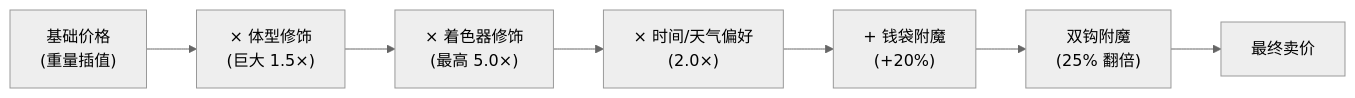
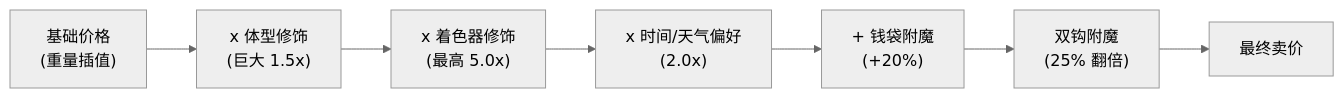
Before and after one commit to SeaLoong/Fish-Udon-Raw-Ilcode: diagram 11 of 12 in docs/gamedata-zh.md, drawn with Mermaid (neutral theme). The commit also changed other lines of this file and 7 other files, not shown here.

````diff
--- a/docs/gamedata-zh.md
+++ b/docs/gamedata-zh.md
@@ -620,9 +612,9 @@
 ```mermaid
 flowchart LR
-    A["基础价格\n(重量插值)"] --> B["× 体型修饰\n(巨大 1.5×)"]
-    B --> C["× 着色器修饰\n(最高 5.0×)"]
-    C --> D["× 时间/天气偏好\n(2.0×)"]
+    A["基础价格\n(重量插值)"] --> B["x 体型修饰\n(巨大 1.5x)"]
+    B --> C["x 着色器修饰\n(最高 5.0x)"]
+    C --> D["x 时间/天气偏好\n(2.0x)"]
     D --> E["+ 钱袋附魔\n(+20%)"]
     E --> F["双钩附魔\n(25% 翻倍)"]
     F --> G["最终卖价"]
 ```
````
